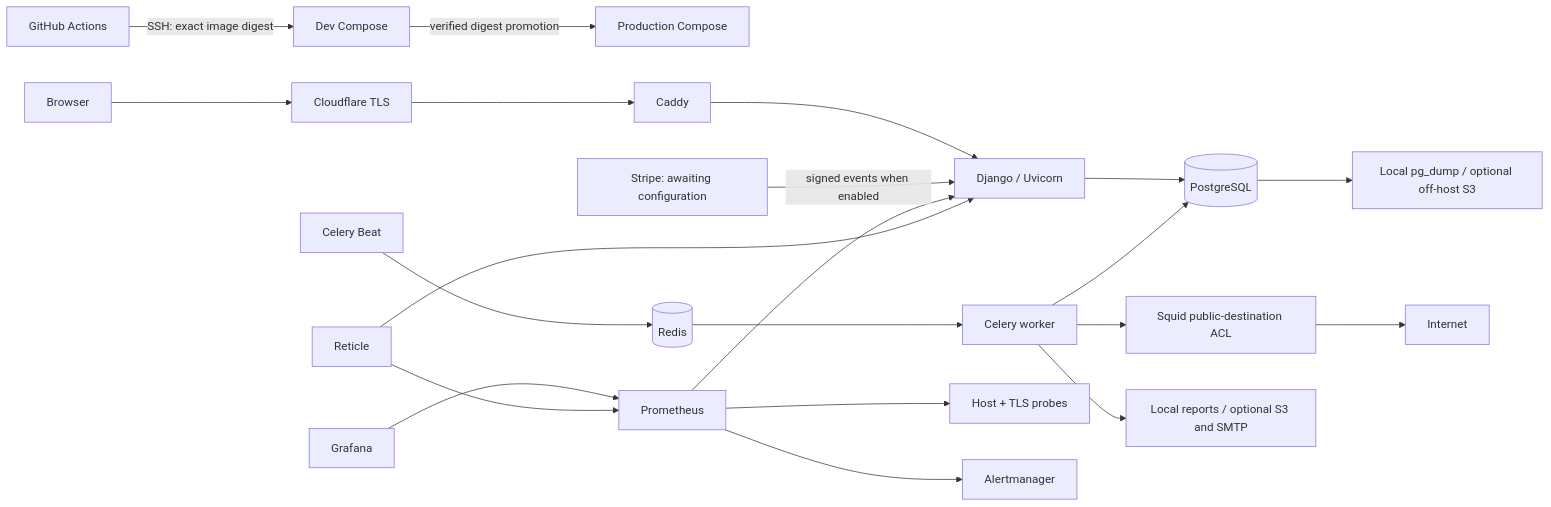
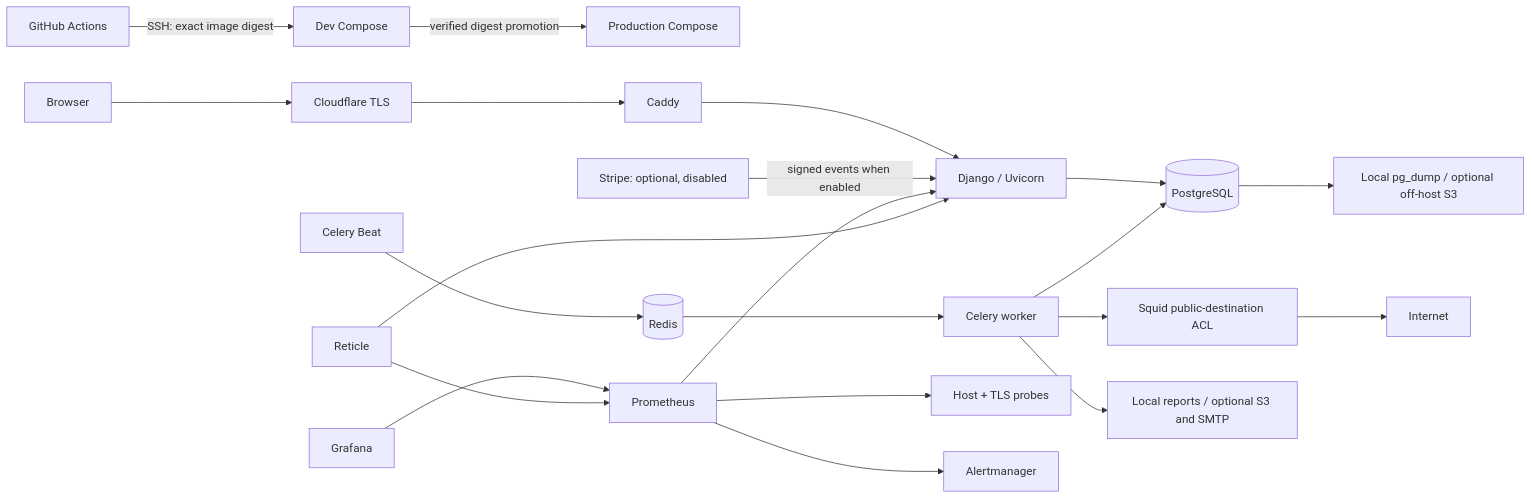
The diagram in README.md (mannders00/uptimekit), drawn with Mermaid before and after one commit. The commit also changed other lines of this file and 27 other files, not shown here.

````diff
--- a/README.md
+++ b/README.md
@@ -13,19 +13,19 @@
 ```mermaid
 flowchart LR
   GH[GitHub Actions] -->|SSH: exact image digest| Dev[Dev Compose]
   Dev -->|verified digest promotion| Prod[Production Compose]
   Browser --> CF[Cloudflare TLS] --> Caddy --> Web[Django / Uvicorn]
   Web --> DB[(PostgreSQL)]
-  Stripe[Stripe: awaiting configuration] -->|signed events when enabled| Web
+  Stripe[Stripe: optional, disabled] -->|signed events when enabled| Web
   Beat[Celery Beat] --> Redis[(Redis)] --> Worker[Celery worker]
   Worker --> DB
   Worker --> Proxy[Squid public-destination ACL] --> Internet
   Worker --> Storage[Local reports / optional S3 and SMTP]
   DB --> Backup[Local pg_dump / optional off-host S3]
   Prometheus --> Web
   Prometheus --> Exporters[Host + TLS probes]
   Prometheus --> Alertmanager
   Grafana --> Prometheus
   Reticle --> Prometheus
   Reticle --> Web
 ```
````
